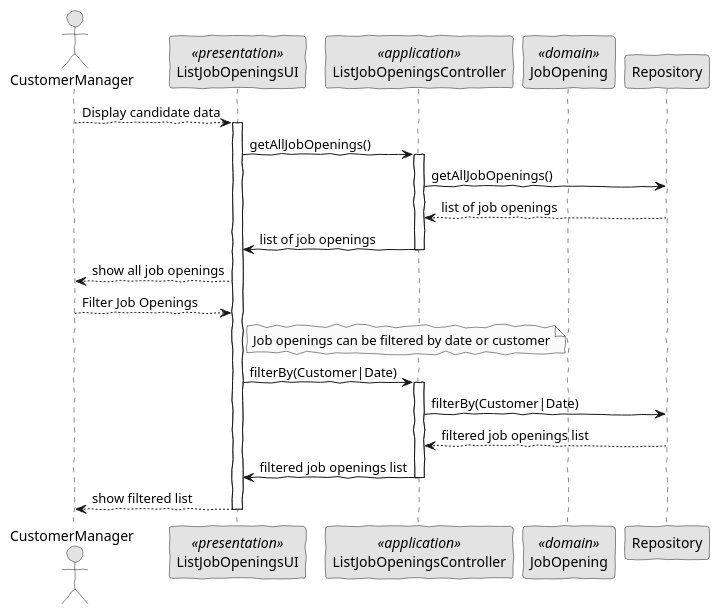
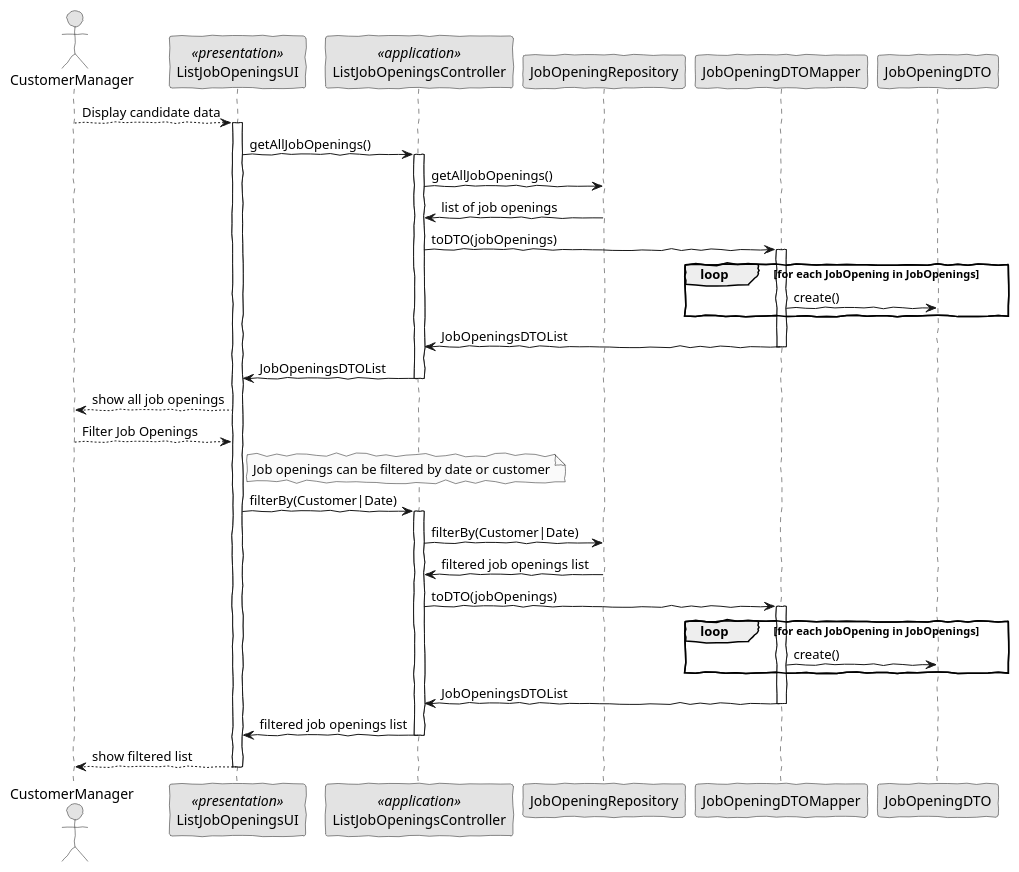
Before and after one commit to JoelBrunoFerreira/isep-lapr4: the diagram in docs/US_Sprint_B/us_1003/us_1003_SD.puml, drawn with PlantUML. The commit also changed 12 other files, not shown here.

```diff
--- a/docs/US_Sprint_B/us_1003/us_1003_SD.puml
+++ b/docs/US_Sprint_B/us_1003/us_1003_SD.puml
@@ -1,31 +1,51 @@
 @startuml
 skinparam handwritten true
 skinparam monochrome true
 skinparam shadowing false
 
 actor CustomerManager as Actor
 participant ListJobOpeningsUI as UI <<presentation>>
 participant ListJobOpeningsController as Controller <<application>>
-participant "JobOpening" as Domain <<domain>>
+participant JobOpeningRepository as Repository
+participant JobOpeningDTOMapper as Mapper
+participant JobOpeningDTO as DTO
 
 Actor --> UI: Display candidate data
 activate UI
     UI -> Controller: getAllJobOpenings()
     activate Controller
         Controller -> Repository: getAllJobOpenings()
-        Repository --> Controller: list of job openings
-        Controller -> UI: list of job openings
+        Repository -> Controller: list of job openings
+        Controller -> Mapper : toDTO(jobOpenings)
+
+        activate Mapper
+        loop for each JobOpening in JobOpenings
+            Mapper -> DTO : create()
+        end
+        Mapper -> Controller: JobOpeningsDTOList
+        deactivate Mapper
+
+        Controller -> UI: JobOpeningsDTOList
     deactivate Controller
+
     UI --> Actor: show all job openings
 
     Actor --> UI: Filter Job Openings
     note right of UI: Job openings can be filtered by date or customer
     UI -> Controller: filterBy(Customer|Date)
     activate Controller
         Controller -> Repository: filterBy(Customer|Date)
-        Repository --> Controller: filtered job openings list
+        Repository -> Controller: filtered job openings list
+
+        Controller -> Mapper : toDTO(jobOpenings)
+        activate Mapper
+                loop for each JobOpening in JobOpenings
+                    Mapper -> DTO : create()
+                end
+                Mapper -> Controller: JobOpeningsDTOList
+                deactivate Mapper
         Controller -> UI: filtered job openings list
     deactivate Controller
     UI --> Actor: show filtered list
 deactivate UI
 @enduml
```
